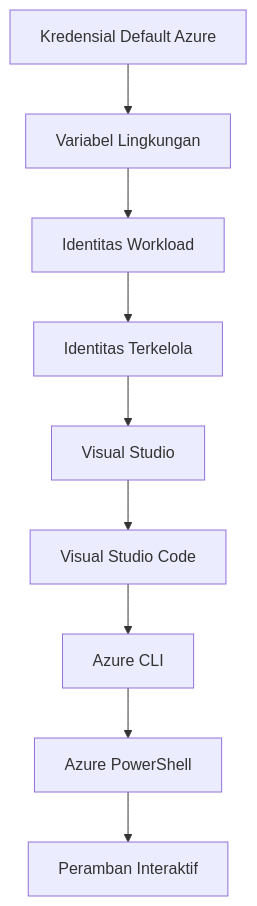
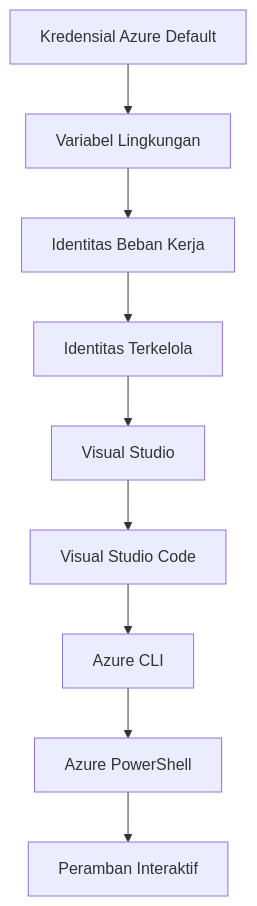
The second of 2 diagrams in translations/id/docs/chapter-01-foundation/azd-basics.md (microsoft/AZD-for-beginners), drawn with Mermaid before and after one commit. The commit also changed other lines of this file and 101 other files, not shown here.

````diff
--- a/translations/id/docs/chapter-01-foundation/azd-basics.md
+++ b/translations/id/docs/chapter-01-foundation/azd-basics.md
@@ -558,11 +593,11 @@
 ```mermaid
 graph TD
-    A[Kredensial Default Azure] --> B[Variabel Lingkungan]
-    B --> C[Identitas Workload]
+    A[Kredensial Azure Default] --> B[Variabel Lingkungan]
+    B --> C[Identitas Beban Kerja]
     C --> D[Identitas Terkelola]
     D --> E[Visual Studio]
     E --> F[Visual Studio Code]
     F --> G[Azure CLI]
     G --> H[Azure PowerShell]
     H --> I[Peramban Interaktif]
 ```
````
